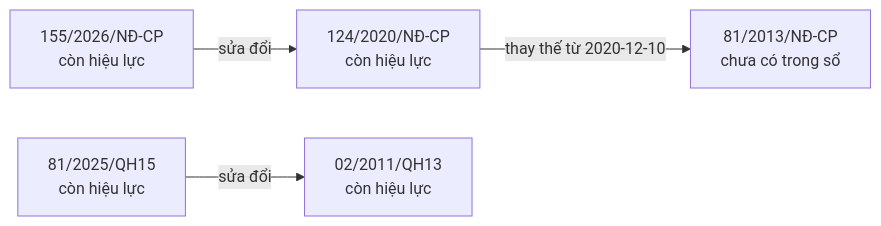
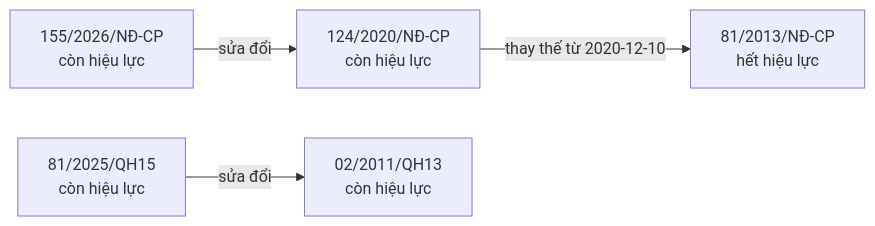
Before and after one commit to ozvietnam/oz-wiki-plhq: the first of 10 diagrams in bao-cao/quan-he.md, drawn with Mermaid. The commit also changed other lines of this file and 5 other files, not shown here.

````diff
--- a/bao-cao/quan-he.md
+++ b/bao-cao/quan-he.md
@@ -7,11 +7,11 @@
 ```mermaid
 flowchart LR
   n_124_2020_N__CP["124/2020/NĐ-CP<br/>còn hiệu lực"]
-  n_81_2013_N__CP["81/2013/NĐ-CP<br/>chưa có trong sổ"]
+  n_81_2013_N__CP["81/2013/NĐ-CP<br/>hết hiệu lực"]
   n_155_2026_N__CP["155/2026/NĐ-CP<br/>còn hiệu lực"]
   n_81_2025_QH15["81/2025/QH15<br/>còn hiệu lực"]
   n_02_2011_QH13["02/2011/QH13<br/>còn hiệu lực"]
   n_124_2020_N__CP -->|thay thế từ 2020-12-10| n_81_2013_N__CP
   n_155_2026_N__CP -->|sửa đổi| n_124_2020_N__CP
   n_81_2025_QH15 -->|sửa đổi| n_02_2011_QH13
 ```
````
